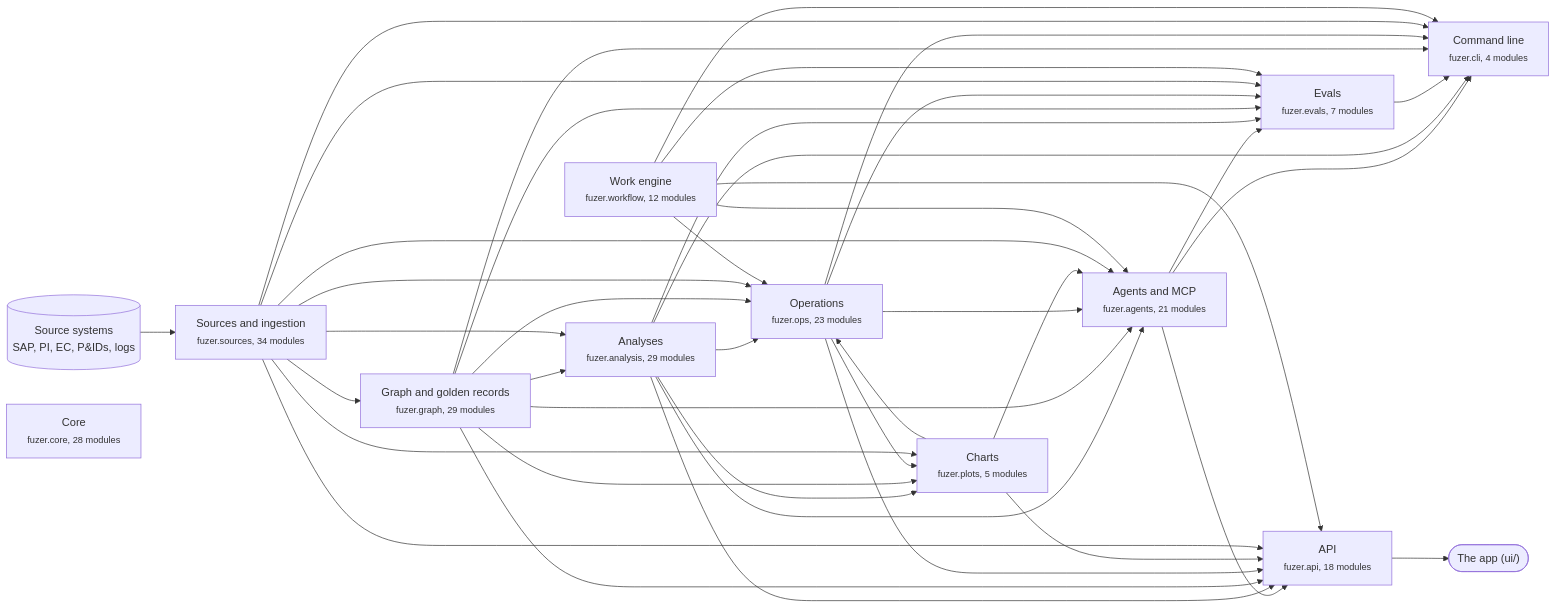
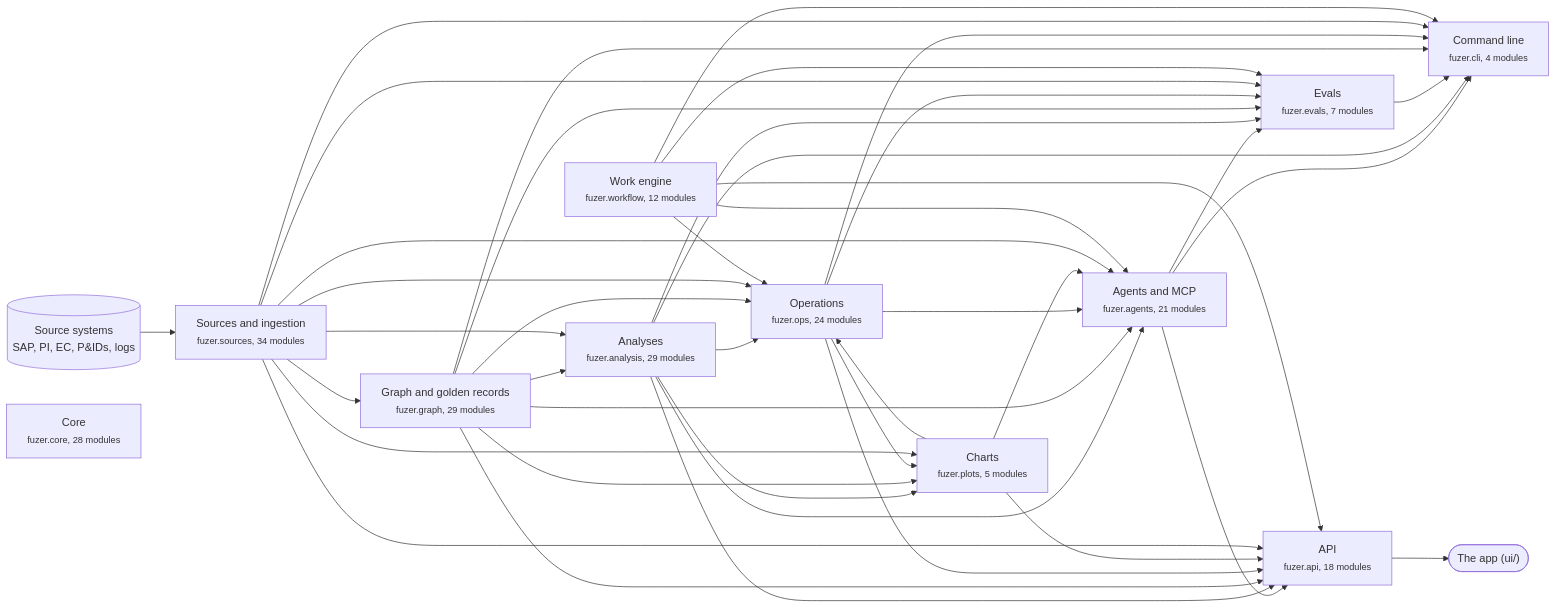
The first of 3 diagrams in docs/architecture.md (areed145/fuzer), drawn with Mermaid before and after one commit. The commit also changed other lines of this file and 10 other files, not shown here.

````diff
--- a/docs/architecture.md
+++ b/docs/architecture.md
@@ -8,66 +8,66 @@
 ```mermaid
 flowchart LR
   systems[("Source systems<br>SAP, PI, EC, P&IDs, logs")] --> c_sources
   app(["The app (ui/)"])
   c_api --> app
   c_sources["Sources and ingestion<br><small>fuzer.sources, 34 modules</small>"]
   c_graph["Graph and golden records<br><small>fuzer.graph, 29 modules</small>"]
   c_analysis["Analyses<br><small>fuzer.analysis, 29 modules</small>"]
-  c_ops["Operations<br><small>fuzer.ops, 23 modules</small>"]
+  c_ops["Operations<br><small>fuzer.ops, 24 modules</small>"]
   c_plots["Charts<br><small>fuzer.plots, 5 modules</small>"]
   c_workflow["Work engine<br><small>fuzer.workflow, 12 modules</small>"]
   c_agents["Agents and MCP<br><small>fuzer.agents, 21 modules</small>"]
   c_evals["Evals<br><small>fuzer.evals, 7 modules</small>"]
   c_api["API<br><small>fuzer.api, 18 modules</small>"]
   c_cli["Command line<br><small>fuzer.cli, 4 modules</small>"]
   c_core["Core<br><small>fuzer.core, 28 modules</small>"]
   c_sources --> c_graph
   c_graph --> c_analysis
   c_sources --> c_analysis
   c_analysis --> c_ops
   c_graph --> c_ops
   c_plots --> c_ops
   c_sources --> c_ops
   c_workflow --> c_ops
   c_analysis --> c_plots
   c_graph --> c_plots
   c_ops --> c_plots
   c_sources --> c_plots
   c_analysis --> c_agents
   c_graph --> c_agents
   c_ops --> c_agents
   c_plots --> c_agents
   c_sources --> c_agents
   c_workflow --> c_agents
   c_agents --> c_evals
   c_analysis --> c_evals
   c_graph --> c_evals
   c_ops --> c_evals
   c_sources --> c_evals
   c_workflow --> c_evals
   c_agents --> c_api
   c_analysis --> c_api
   c_graph --> c_api
   c_ops --> c_api
   c_plots --> c_api
   c_sources --> c_api
   c_workflow --> c_api
   c_agents --> c_cli
   c_analysis --> c_cli
   c_evals --> c_cli
   c_graph --> c_cli
   c_ops --> c_cli
   c_sources --> c_cli
   c_workflow --> c_cli
   click c_sources "https://github.com/areed145/fuzer/tree/main/src/fuzer/sources"
   click c_graph "https://github.com/areed145/fuzer/tree/main/src/fuzer/graph"
   click c_analysis "https://github.com/areed145/fuzer/tree/main/src/fuzer/analysis"
   click c_ops "https://github.com/areed145/fuzer/tree/main/src/fuzer/ops"
   click c_plots "https://github.com/areed145/fuzer/tree/main/src/fuzer/plots"
   click c_workflow "https://github.com/areed145/fuzer/tree/main/src/fuzer/workflow"
   click c_agents "https://github.com/areed145/fuzer/tree/main/src/fuzer/agents"
   click c_evals "https://github.com/areed145/fuzer/tree/main/src/fuzer/evals"
   click c_api "https://github.com/areed145/fuzer/tree/main/src/fuzer/api"
   click c_cli "https://github.com/areed145/fuzer/tree/main/src/fuzer/cli"
   click c_core "https://github.com/areed145/fuzer/tree/main/src/fuzer/core"
 ```
````
